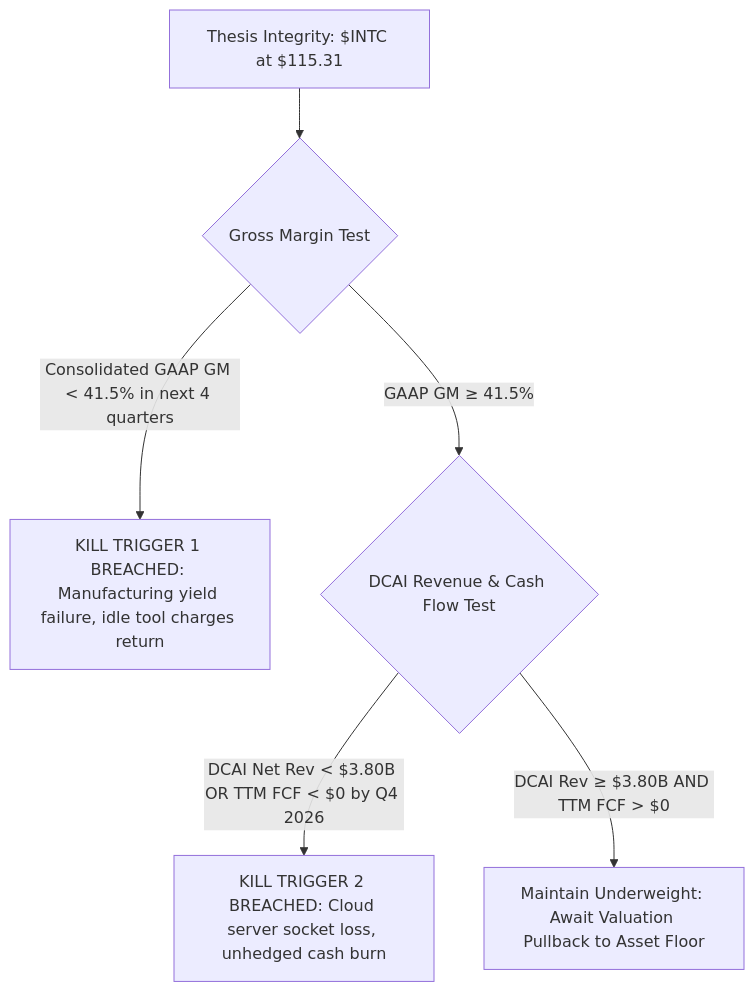
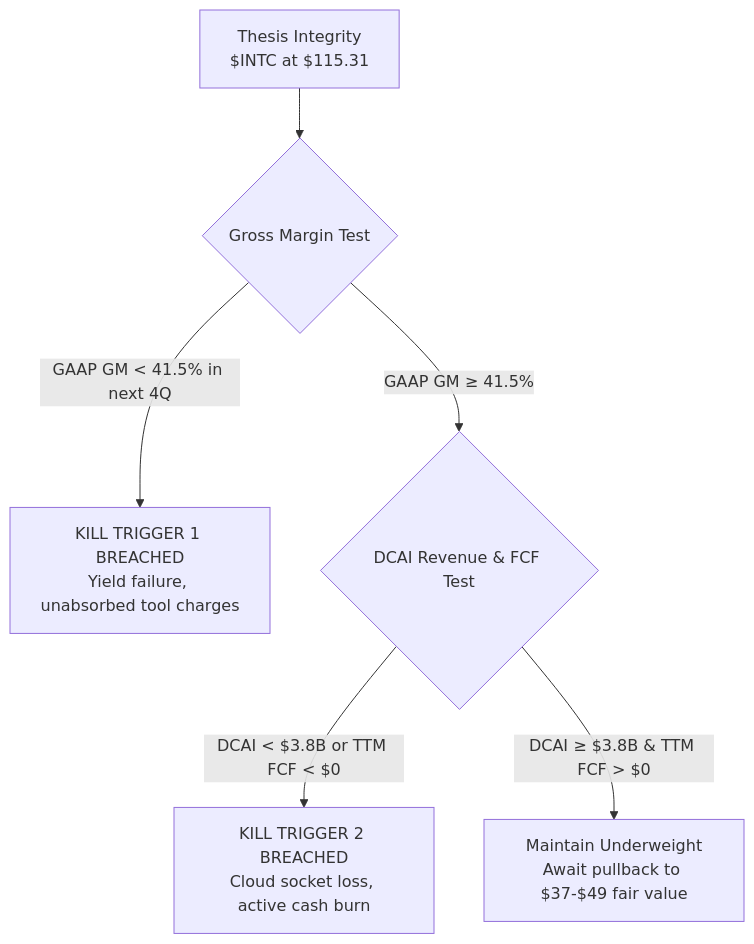
The third of 3 diagrams in web/src/content/articles/intc-intc-2026-09-28-001.md (Unheat/memeTrading), drawn with Mermaid before and after one commit. The commit also changed other lines of this file and 5 other files, not shown here.

First line of the commit message:
fix(frontend,media): resolve black-on-black code blocks and Mermaid text clipping

````diff
--- a/web/src/content/articles/intc-intc-2026-09-28-001.md
+++ b/web/src/content/articles/intc-intc-2026-09-28-001.md
@@ -287,8 +344,8 @@
 ```mermaid
 flowchart TD
-    Thesis["Thesis Integrity: $INTC at $115.31"] --> TestGM{"Gross Margin Test"}
-    TestGM -- "Consolidated GAAP GM < 41.5% in next 4 quarters" --> Kill1["KILL TRIGGER 1 BREACHED: Manufacturing yield failure, idle tool charges return"]
-    TestGM -- "GAAP GM ≥ 41.5%" --> TestDCAI{"DCAI Revenue & Cash Flow Test"}
-    TestDCAI -- "DCAI Net Rev < $3.80B OR TTM FCF < $0 by Q4 2026" --> Kill2["KILL TRIGGER 2 BREACHED: Cloud server socket loss, unhedged cash burn"]
-    TestDCAI -- "DCAI Rev ≥ $3.80B AND TTM FCF > $0" --> Monitor["Maintain Underweight: Await Valuation Pullback to Asset Floor"]
+    Thesis["Thesis Integrity<br/>$INTC at $115.31"] --> TestGM{"Gross Margin Test"}
+    TestGM -- "GAAP GM < 41.5% in next 4Q" --> Kill1["KILL TRIGGER 1 BREACHED<br/>Yield failure, unabsorbed tool charges"]
+    TestGM -- "GAAP GM ≥ 41.5%" --> TestDCAI{"DCAI Revenue & FCF Test"}
+    TestDCAI -- "DCAI < $3.8B or TTM FCF < $0" --> Kill2["KILL TRIGGER 2 BREACHED<br/>Cloud socket loss, active cash burn"]
+    TestDCAI -- "DCAI ≥ $3.8B & TTM FCF > $0" --> Monitor["Maintain Underweight<br/>Await pullback to $37-$49 fair value"]
 ```
````
